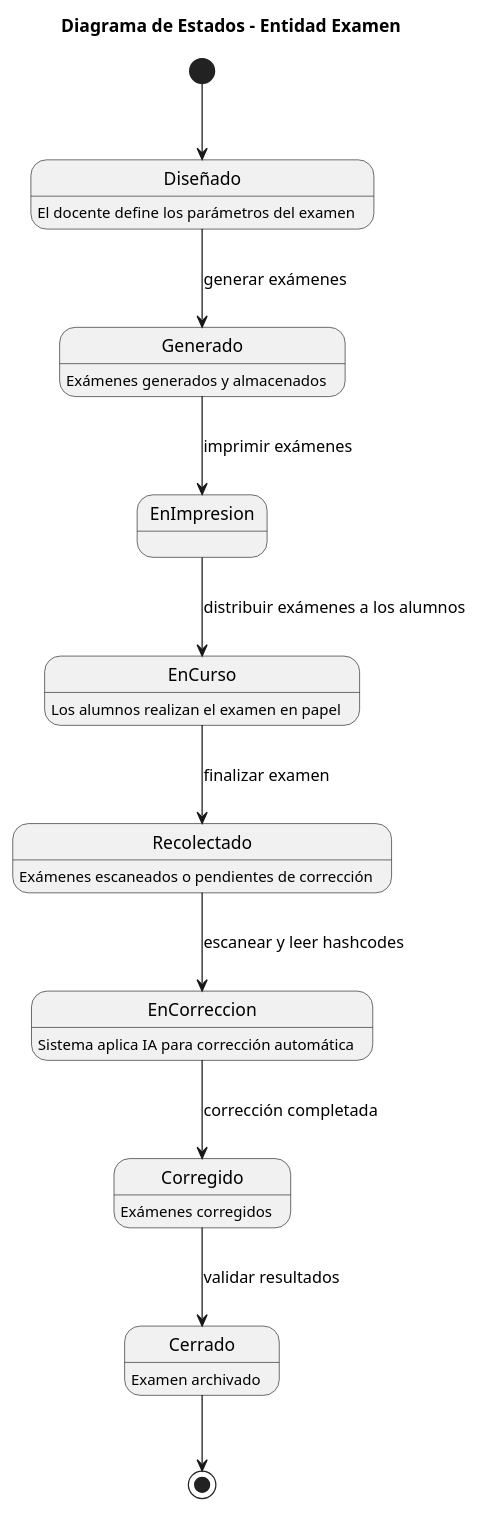
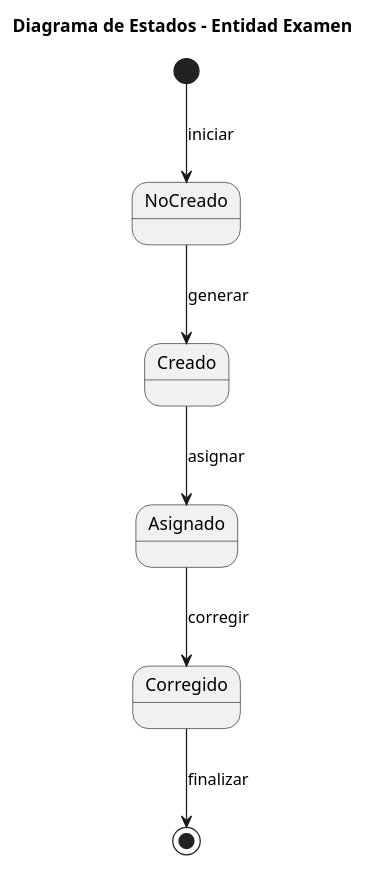
Before and after one commit to martinlopez7/25-26-IdSw1-SdR: the diagram in documents/modelos/diagramas/diagramaEstados/diagramaEstadosExamen.puml, drawn with PlantUML.

Commit message:
fix(mdd): cambia diagrama de estados y actualiza archivo svg [refs #18]

```diff
--- a/documents/modelos/diagramas/diagramaEstados/diagramaEstadosExamen.puml
+++ b/documents/modelos/diagramas/diagramaEstados/diagramaEstadosExamen.puml
@@ -1,28 +1,10 @@
 @startuml
 title Diagrama de Estados - Entidad Examen
 
-[*] --> Diseñado
-
-Diseñado : El docente define los parámetros del examen 
-Diseñado --> Generado : generar exámenes 
-
-Generado : Exámenes generados y almacenados
-Generado --> EnImpresion : imprimir exámenes
-EnImpresion --> EnCurso : distribuir exámenes a los alumnos
-
-EnCurso : Los alumnos realizan el examen en papel
-EnCurso --> Recolectado : finalizar examen
-
-Recolectado : Exámenes escaneados o pendientes de corrección
-Recolectado --> EnCorreccion : escanear y leer hashcodes
-
-EnCorreccion : Sistema aplica IA para corrección automática
-EnCorreccion --> Corregido : corrección completada
-
-Corregido : Exámenes corregidos 
-Corregido --> Cerrado : validar resultados 
-
-Cerrado : Examen archivado 
-Cerrado --> [*]
+[*] --> NoCreado : iniciar
+NoCreado --> Creado : generar
+Creado --> Asignado : asignar
+Asignado --> Corregido : corregir
+Corregido --> [*] : finalizar
 
 @enduml
```
